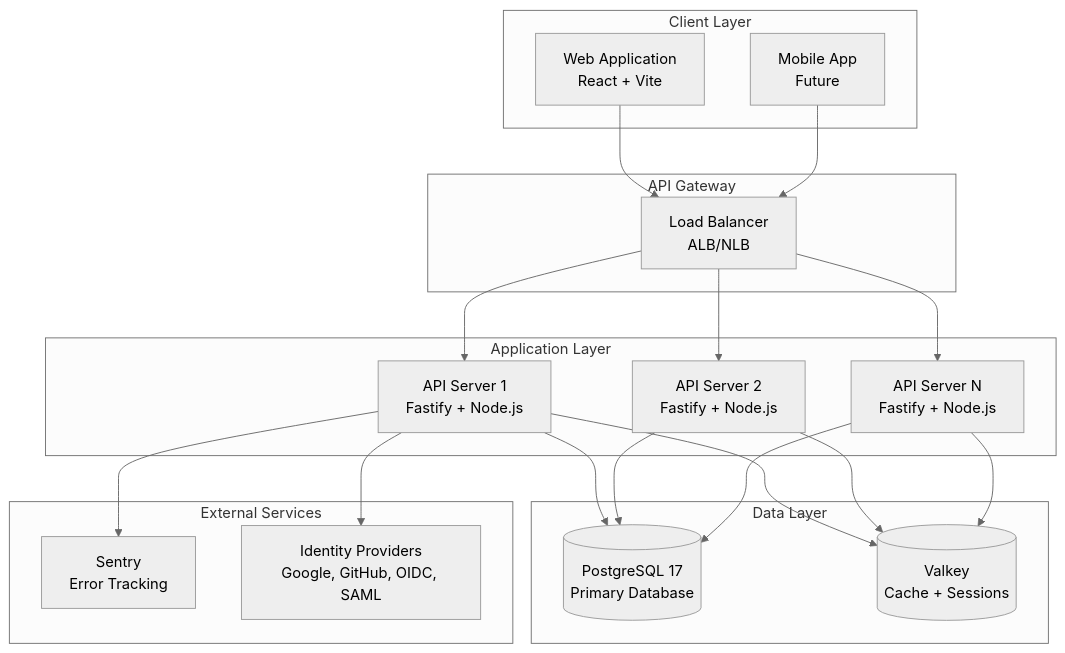
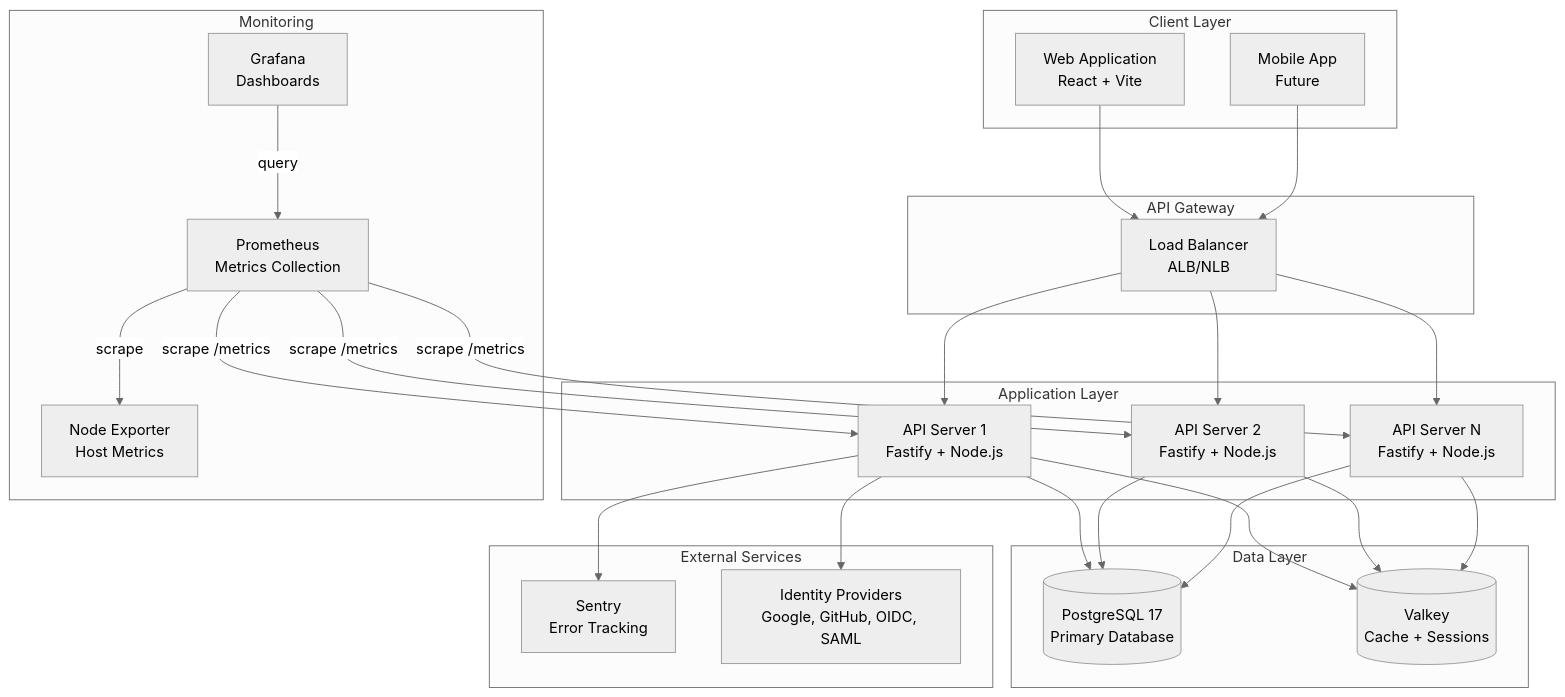
Before and after one commit to Dyad-Apps/argus-lite: the first of 6 diagrams in docs/architecture/README.md, drawn with Mermaid (neutral theme). The commit also changed other lines of this file and 30 other files, not shown here.

````diff
--- a/docs/architecture/README.md
+++ b/docs/architecture/README.md
@@ -24,44 +24,56 @@
 ```mermaid
 graph TB
     subgraph "Client Layer"
         WEB[Web Application<br/>React + Vite]
         MOBILE[Mobile App<br/>Future]
     end
 
     subgraph "API Gateway"
         LB[Load Balancer<br/>ALB/NLB]
     end
 
     subgraph "Application Layer"
         API1[API Server 1<br/>Fastify + Node.js]
         API2[API Server 2<br/>Fastify + Node.js]
         API3[API Server N<br/>Fastify + Node.js]
     end
 
     subgraph "Data Layer"
         PG[(PostgreSQL 17<br/>Primary Database)]
         VALKEY[(Valkey<br/>Cache + Sessions)]
+    end
+
+    subgraph "Monitoring"
+        PROM[Prometheus<br/>Metrics Collection]
+        GRAFANA[Grafana<br/>Dashboards]
+        NODE_EXP[Node Exporter<br/>Host Metrics]
     end
 
     subgraph "External Services"
         SENTRY[Sentry<br/>Error Tracking]
         IDP[Identity Providers<br/>Google, GitHub, OIDC, SAML]
     end
 
     WEB --> LB
     MOBILE --> LB
     LB --> API1
     LB --> API2
     LB --> API3
 
     API1 --> PG
     API2 --> PG
     API3 --> PG
 
     API1 --> VALKEY
     API2 --> VALKEY
     API3 --> VALKEY
 
     API1 --> SENTRY
     API1 --> IDP
+
+    PROM -->|scrape /metrics| API1
+    PROM -->|scrape /metrics| API2
+    PROM -->|scrape /metrics| API3
+    PROM -->|scrape| NODE_EXP
+    GRAFANA -->|query| PROM
 ```
````
